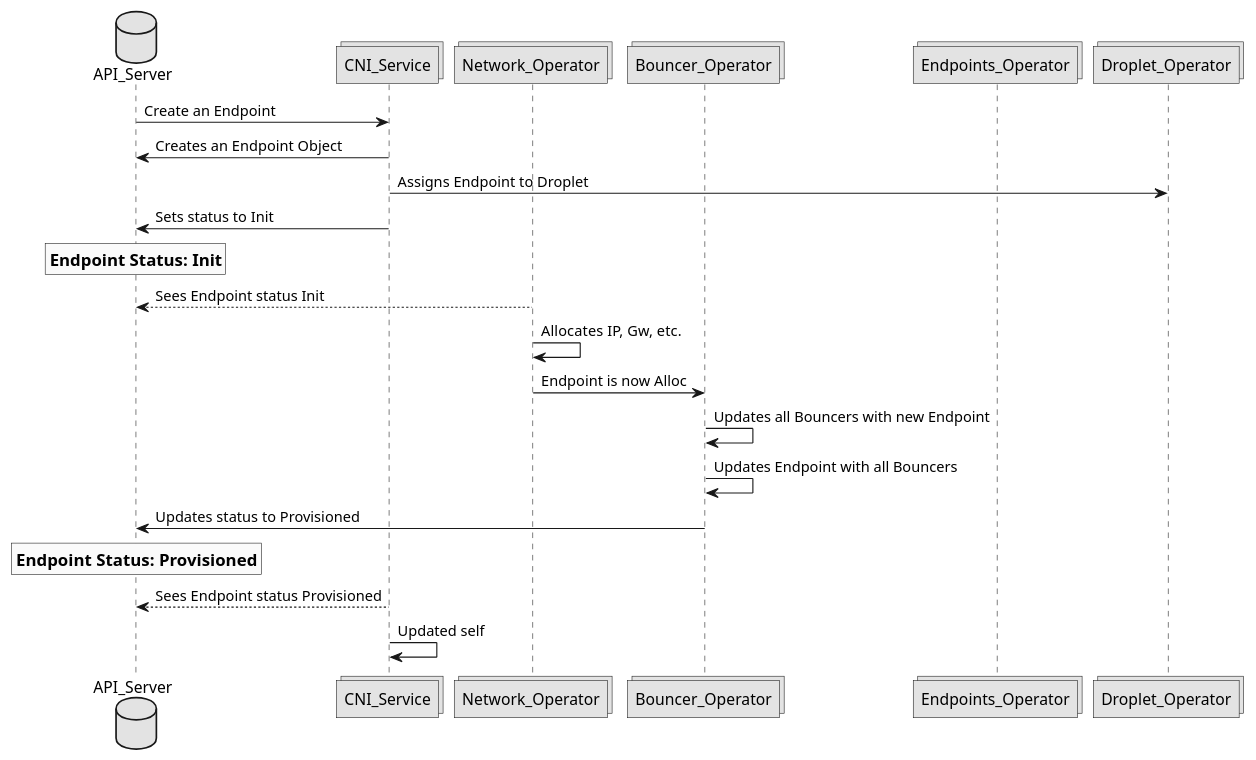
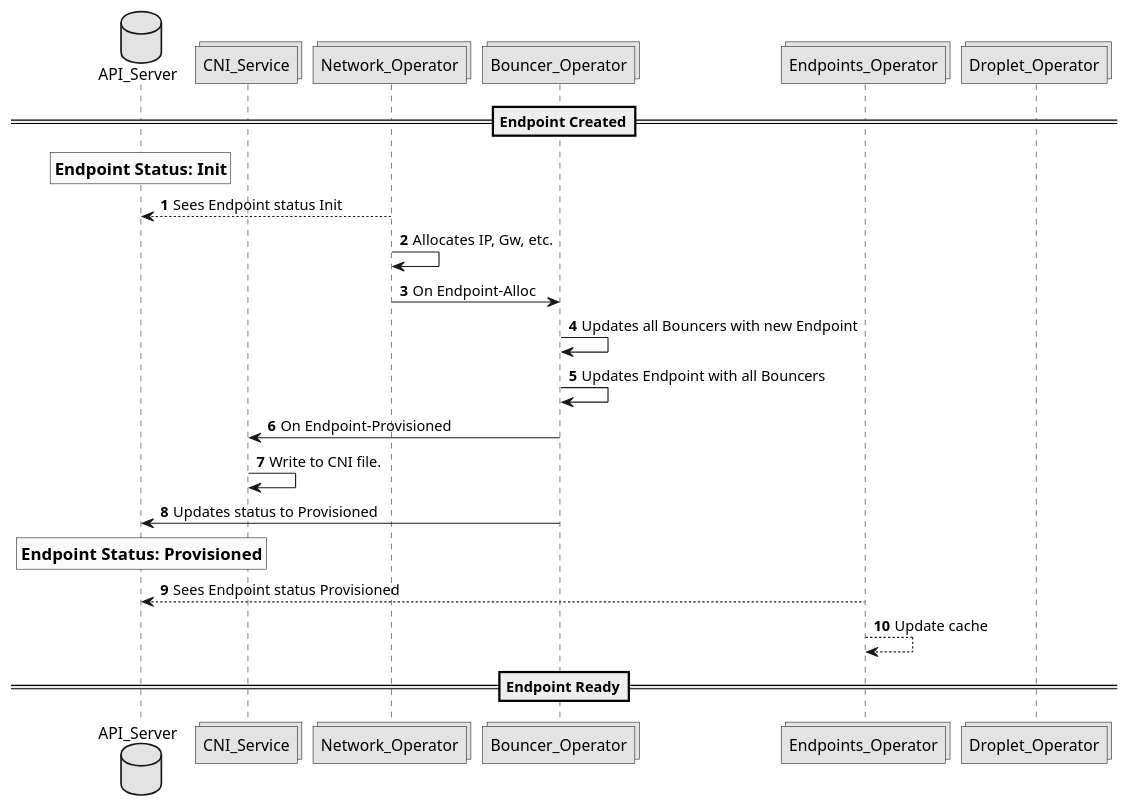
One commit to CentaurusInfra/mizar changed the diagram in Documentation/design/figures/create_endpoint_workflow.puml. Above: the diagram before and after it, drawn with PlantUML. The commit also changed 6 other files, not shown here.

```diff
--- a/Documentation/design/figures/create_endpoint_workflow.puml
+++ b/Documentation/design/figures/create_endpoint_workflow.puml
@@ -1,28 +1,27 @@
 @startuml
 
 skinparam monochrome true
+autonumber
 
 database API_Server
 collections CNI_Service
 collections Network_Operator
 collections Bouncer_Operator
 collections Endpoints_Operator
 collections Droplet_Operator
 
-
-API_Server -> CNI_Service: Create an Endpoint
-CNI_Service -> API_Server: Creates an Endpoint Object
-CNI_Service -> Droplet_Operator: Assigns Endpoint to Droplet
-CNI_Service -> API_Server: Sets status to Init
+==Endpoint Created==
 rnote over API_Server: == Endpoint Status: Init
 Network_Operator --> API_Server: Sees Endpoint status Init
 Network_Operator -> Network_Operator: Allocates IP, Gw, etc.
-Network_Operator -> Bouncer_Operator: Endpoint is now Alloc
+Network_Operator -> Bouncer_Operator: On Endpoint-Alloc
 Bouncer_Operator -> Bouncer_Operator: Updates all Bouncers with new Endpoint
 Bouncer_Operator -> Bouncer_Operator: Updates Endpoint with all Bouncers
+Bouncer_Operator -> CNI_Service: On Endpoint-Provisioned
+CNI_Service -> CNI_Service: Write to CNI file.
 Bouncer_Operator -> API_Server: Updates status to Provisioned
 rnote over API_Server: ==Endpoint Status: Provisioned
-CNI_Service --> API_Server: Sees Endpoint status Provisioned
-CNI_Service -> CNI_Service: Updated self
-
+Endpoints_Operator --> API_Server: Sees Endpoint status Provisioned
+Endpoints_Operator --> Endpoints_Operator: Update cache
+==Endpoint Ready==
 @enduml
```
